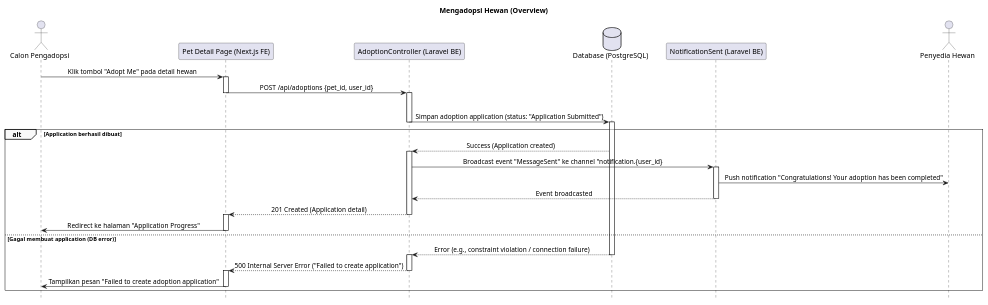
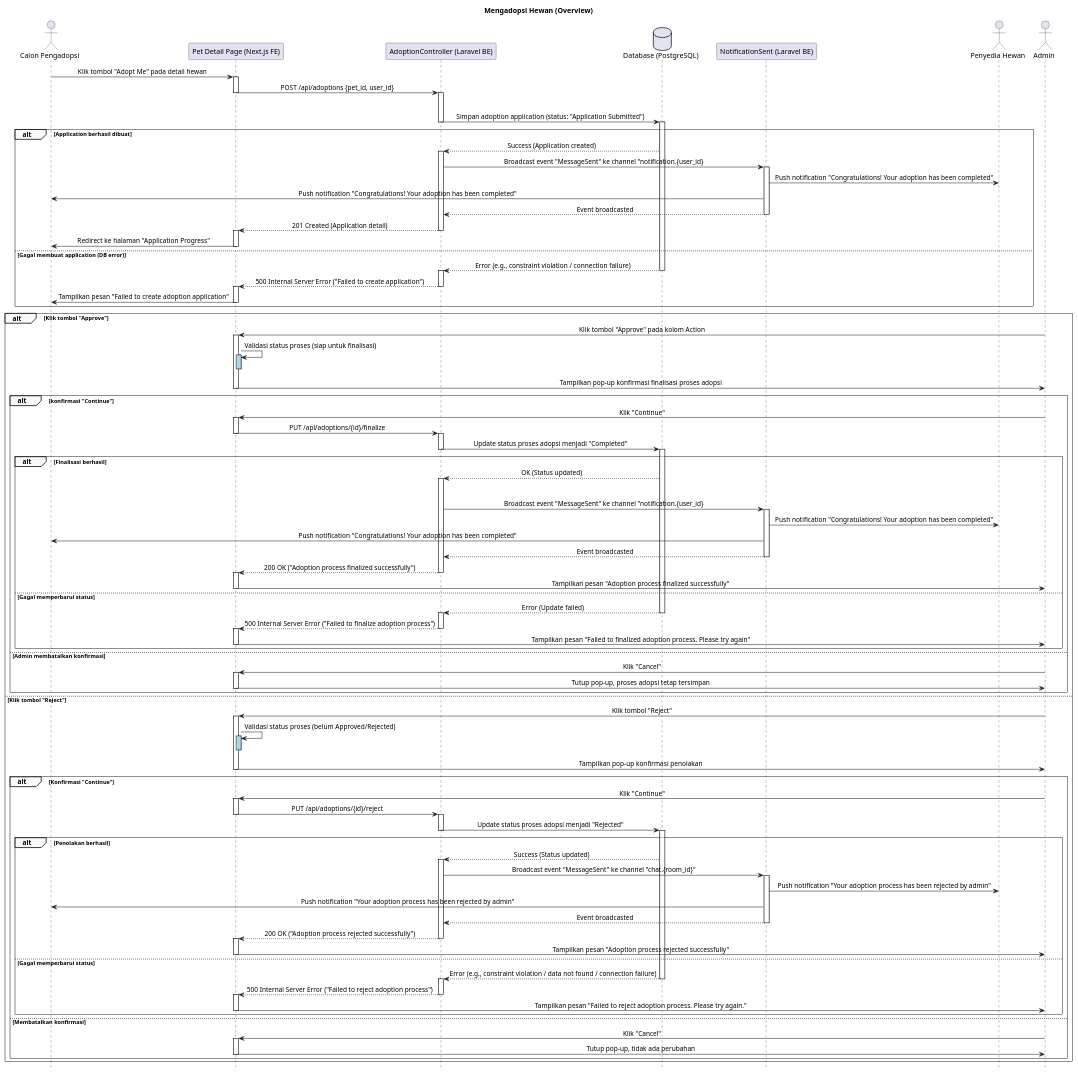
Before and after one commit to fadhel-rizanda/skripsi-plantuml: the diagram in sequence/MengadopsiHewan.plantuml, drawn with PlantUML. The commit also changed 5 other files, not shown here.

```diff
--- a/sequence/MengadopsiHewan.plantuml
+++ b/sequence/MengadopsiHewan.plantuml
@@ -1,101 +1,175 @@
 @startuml
 ' === Styling ===
 skinparam sequence {
     LifelineFooterStrategy none
     MessageAlign center
     ArrowThickness 1
     ParticipantPadding 20
     GroupBorderThickness 0.5
     GroupBackgroundColor #F9F9F9
 }
 hide footbox
 
 ' === Participants ===
 actor "Calon Pengadopsi" as Adopter
 participant "Pet Detail Page (Next.js FE)" as FE
 participant "AdoptionController (Laravel BE)" as BE
 database "Database (PostgreSQL)" as DB
 participant "NotificationSent (Laravel BE)" as NS
-actor "Penyedia Hewan" as FE_Adopter
+actor "Penyedia Hewan" as Provider
+actor Admin
 
 title Mengadopsi Hewan (Overview)
 
 ' === Flow 1: Memulai Proses Adopsi ===
 Adopter -> FE: Klik tombol "Adopt Me" pada detail hewan
 activate FE
 FE -> BE: POST /api/adoptions {pet_id, user_id}
 deactivate FE
 activate BE
 
 alt Validasi berhasil (profile lengkap & pet tersedia)
     BE -> DB: Simpan adoption application (status: "Application Submitted")
     deactivate BE
     activate DB
 
     alt Application berhasil dibuat
         DB --> BE: Success (Application created)
         activate BE
         BE -> NS: Broadcast event "MessageSent" ke channel "notification.{user_id}
         activate NS
-        NS -> FE_Adopter: Push notification "Congratulations! Your adoption has been completed"
+        NS -> Provider: Push notification "Congratulations! Your adoption has been completed"
+        NS -> Adopter: Push notification "Congratulations! Your adoption has been completed"
         NS --> BE: Event broadcasted
 
         deactivate NS
         BE --> FE: 201 Created (Application detail)
         deactivate BE
         activate FE
         FE -> Adopter: Redirect ke halaman "Application Progress"
         deactivate FE
 
     else Gagal membuat application (DB error)
         DB --> BE: Error (e.g., constraint violation / connection failure)
         deactivate DB
         activate BE
         BE --> FE: 500 Internal Server Error ("Failed to create application")
         deactivate BE
         activate FE
         FE -> Adopter: Tampilkan pesan "Failed to create adoption application"
         deactivate FE
     end
+ alt Klik tombol "Approve"
+        Admin -> FE: Klik tombol "Approve" pada kolom Action
+    activate FE
 
+    ' === Validasi di frontend ===
+    FE -> FE: Validasi status proses (siap untuk finalisasi)
+    activate FE #LightBlue
+    deactivate FE #LightBlue
 
-' === Flow 2: Melihat Progress Adopsi ===
-'Adopter -> FE: Buka halaman "My Applications"
-'activate FE
-'FE -> BE: GET /api/adoptions/user/{user_id}
-'deactivate FE
-'activate BE
-'BE -> DB: Ambil semua adoption applications milik user
-'activate DB
-'DB --> BE: Return list of applications / null
-'deactivate DB
-'BE --> FE: 200 OK (List of applications dengan status)
-'deactivate BE
-'activate FE
-'FE -> Adopter: Tampilkan daftar aplikasi adopsi dengan tahapan masing-masing
-'deactivate FE
-'
-'note right of FE
-'    Setiap tahapan memiliki use case tersendiri:
-'
-'    **UC-01: Upload Requirements**
-'    - Adopter upload dokumen persyaratan
-'    - Status berubah ke "Application Submitted"
-'
-'    **UC-02: Provider Review Application**
-'    - Provider review & approve/reject
-'    - Status berubah ke "Application Reviewed"
-'
-'    **UC-03: Schedule Meet & Greet**
-'    - Provider tentukan jadwal pertemuan
-'    - Status berubah ke "Meet & Greet Scheduled"
-'
-'    **UC-04: Complete Adoption**
-'    - Adopter upload bukti hand over
-'    - Status berubah ke "Completed"
-'
-'    Setiap use case akan memiliki
-'    sequence diagram detail tersendiri
-'end note
+    FE -> Admin: Tampilkan pop-up konfirmasi finalisasi proses adopsi
+    deactivate FE
+
+    alt  konfirmasi "Continue"
+        Admin -> FE: Klik "Continue"
+        activate FE
+        FE -> BE: PUT /api/adoptions/{id}/finalize
+        deactivate FE
+        activate BE
+        BE -> DB: Update status proses adopsi menjadi "Completed"
+        deactivate BE
+        activate DB
+
+        alt Finalisasi berhasil
+            DB --> BE: OK (Status updated)
+            activate BE
+
+            deactivate FE
+            BE -> NS: Broadcast event "MessageSent" ke channel "notification.{user_id}
+            activate NS
+            NS -> Provider: Push notification "Congratulations! Your adoption has been completed"
+            NS -> Adopter: Push notification "Congratulations! Your adoption has been completed"
+            NS --> BE: Event broadcasted
+            deactivate NS
+            BE --> FE: 200 OK ("Adoption process finalized successfully")
+            deactivate BE
+            activate FE
+            FE -> Admin: Tampilkan pesan "Adoption process finalized successfully"
+            deactivate FE
+        else Gagal memperbarui status
+            DB --> BE: Error (Update failed)
+            deactivate DB
+            activate BE
+            BE --> FE: 500 Internal Server Error ("Failed to finalize adoption process")
+            deactivate BE
+            activate FE
+            FE -> Admin: Tampilkan pesan "Failed to finalized adoption process. Please try again"
+            deactivate FE
+        end
+
+    else Admin membatalkan konfirmasi
+        Admin -> FE: Klik "Cancel"
+        activate FE
+        FE -> Admin: Tutup pop-up, proses adopsi tetap tersimpan
+        deactivate FE
+    end
+    else Klik tombol "Reject"
+        Admin -> FE: Klik tombol "Reject"
+        activate FE
+
+        ' === Validasi di frontend ===
+        FE -> FE: Validasi status proses (belum Approved/Rejected)
+        activate FE #LightBlue
+        deactivate FE #LightBlue
+
+        FE -> Admin: Tampilkan pop-up konfirmasi penolakan
+        deactivate FE
+
+        alt  Konfirmasi "Continue"
+            Admin -> FE: Klik "Continue"
+            activate FE
+            FE -> BE: PUT /api/adoptions/{id}/reject
+            deactivate FE
+            activate BE
+            BE -> DB: Update status proses adopsi menjadi "Rejected"
+            deactivate BE
+            activate DB
+
+            alt Penolakan berhasil
+                DB --> BE: Success (Status updated)
+                activate BE
+                ' === Kirim notifikasi ke pihak terkait ===
+                BE -> NS: Broadcast event "MessageSent" ke channel "chat.{room_id}"
+                activate NS
+                NS -> Provider: Push notification "Your adoption process has been rejected by admin"
+                NS -> Adopter: Push notification "Your adoption process has been rejected by admin"
+            NS --> BE: Event broadcasted
+                deactivate NS
+                BE --> FE: 200 OK ("Adoption process rejected successfully")
+                deactivate BE
+                activate FE
+
+                FE -> Admin: Tampilkan pesan "Adoption process rejected successfully"
+                deactivate FE
+
+            else Gagal memperbarui status
+                DB --> BE: Error (e.g., constraint violation / data not found / connection failure)
+                deactivate DB
+                activate BE
+                BE --> FE: 500 Internal Server Error ("Failed to reject adoption process")
+                deactivate BE
+                activate FE
+                FE -> Admin: Tampilkan pesan "Failed to reject adoption process. Please try again."
+                deactivate FE
+            end
+
+        else Membatalkan konfirmasi
+            Admin -> FE: Klik "Cancel"
+            activate FE
+            FE -> Admin: Tutup pop-up, tidak ada perubahan
+            deactivate FE
+        end
+    end
 
 @enduml
```
